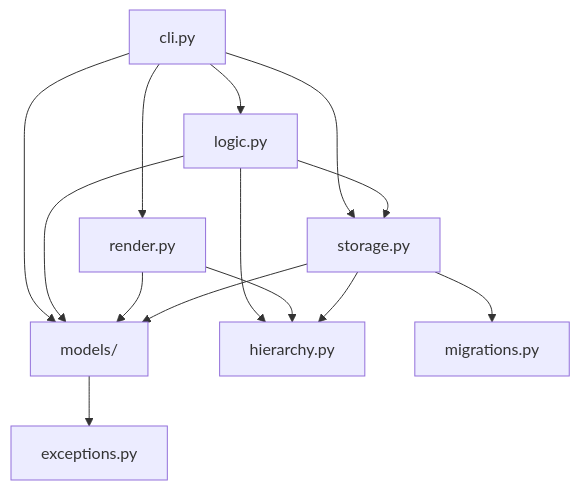
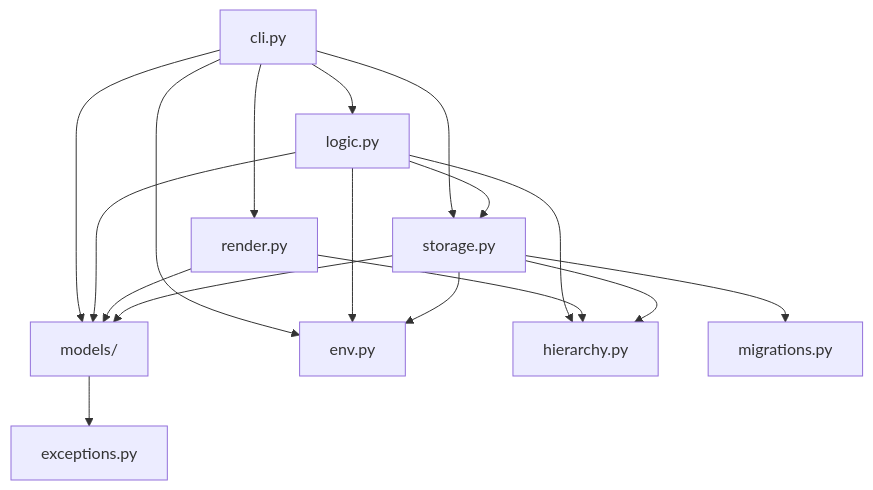
The diagram in .claude/ARCHITECTURE.md (calvinmcelvain/taskli), drawn with Mermaid before and after one commit. The commit also changed other lines of this file and 17 other files, not shown here.

````diff
--- a/.claude/ARCHITECTURE.md
+++ b/.claude/ARCHITECTURE.md
@@ -98,16 +120,19 @@
 ```mermaid
 flowchart TD
     cli[cli.py] --> logic[logic.py]
     cli --> render[render.py]
     cli --> storage[storage.py]
     cli --> models[models/]
+    cli --> env[env.py]
     logic --> storage[storage.py]
     logic --> models
     logic --> hierarchy[hierarchy.py]
+    logic --> env
     render --> models
     render --> hierarchy
     storage --> models
     storage --> hierarchy
     storage --> migrations[migrations.py]
+    storage --> env
     models --> exc[exceptions.py]
 ```
````
